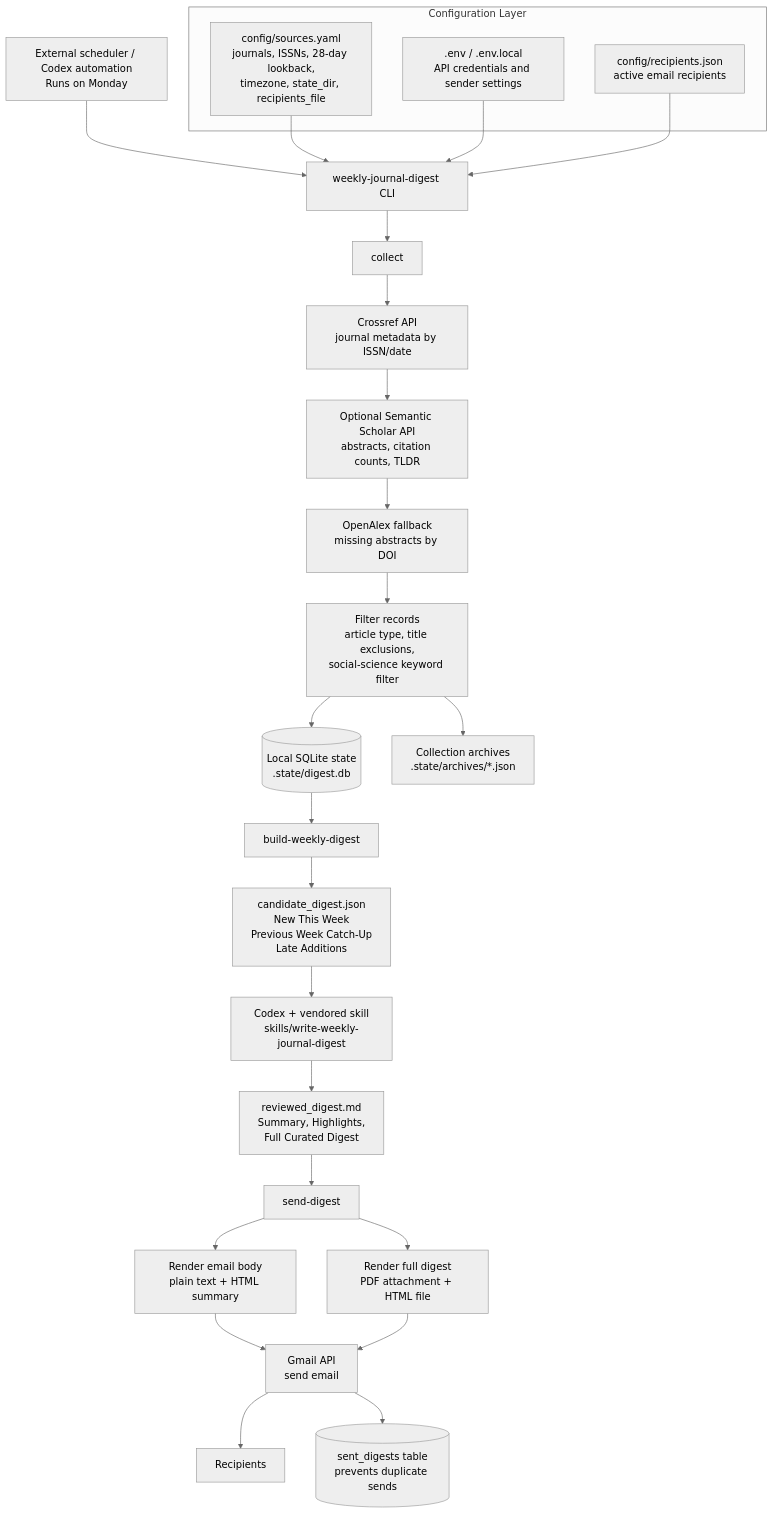
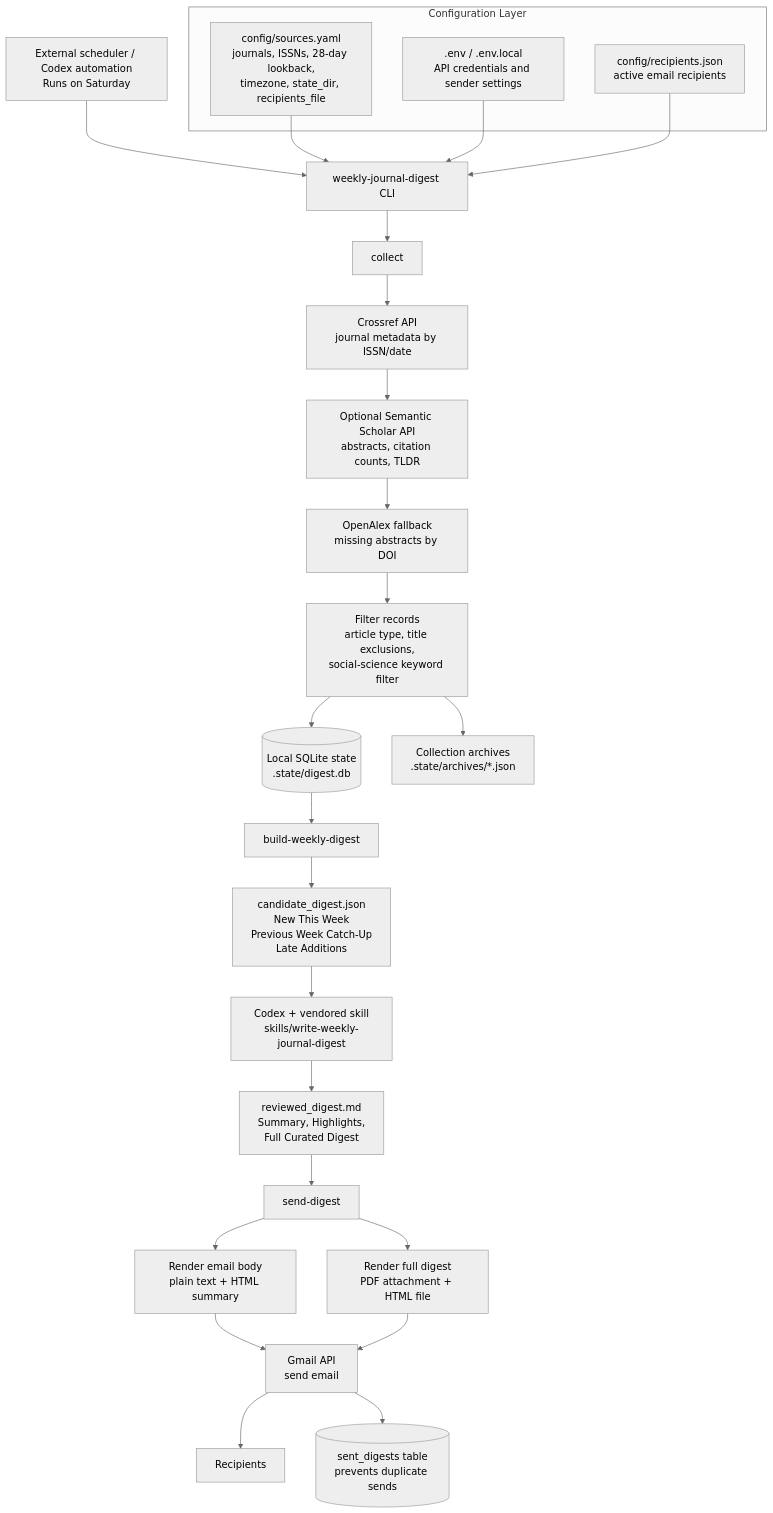
The diagram in README.md (ottoxin/weekly-journal-digest), drawn with Mermaid (neutral theme) before and after one commit. The commit also changed other lines of this file and 118 other files, not shown here.

````diff
--- a/README.md
+++ b/README.md
@@ -19,36 +19,36 @@
 ```mermaid
 flowchart TD
-    A[External scheduler / Codex automation<br/>Runs on Monday] --> B[weekly-journal-digest CLI]
+    A[External scheduler / Codex automation<br/>Runs on Saturday] --> B[weekly-journal-digest CLI]
 
     subgraph CONFIG[Configuration Layer]
         C1[config/sources.yaml<br/>journals, ISSNs, 28-day lookback,<br/>timezone, state_dir, recipients_file]
         C2[.env / .env.local<br/>API credentials and sender settings]
         C3[config/recipients.json<br/>active email recipients]
     end
 
     C1 --> B
     C2 --> B
     C3 --> B
 
     B --> D1[collect]
     D1 --> E1[Crossref API<br/>journal metadata by ISSN/date]
     E1 --> E2[Optional Semantic Scholar API<br/>abstracts, citation counts, TLDR]
     E2 --> E3[OpenAlex fallback<br/>missing abstracts by DOI]
     E3 --> F[Filter records<br/>article type, title exclusions,<br/>social-science keyword filter]
     F --> G[(Local SQLite state<br/>.state/digest.db)]
     F --> H[Collection archives<br/>.state/archives/*.json]
 
     G --> D2[build-weekly-digest]
     D2 --> I[candidate_digest.json<br/>New This Week<br/>Previous Week Catch-Up<br/>Late Additions]
 
     I --> J[Codex + vendored skill<br/>skills/write-weekly-journal-digest]
     J --> K[reviewed_digest.md<br/>Summary, Highlights,<br/>Full Curated Digest]
 
     K --> D3[send-digest]
     D3 --> L[Render email body<br/>plain text + HTML summary]
     D3 --> M[Render full digest<br/>PDF attachment + HTML file]
     L --> N[Gmail API<br/>send email]
     M --> N
     N --> O[Recipients]
     N --> P[(sent_digests table<br/>prevents duplicate sends)]
 ```
````
